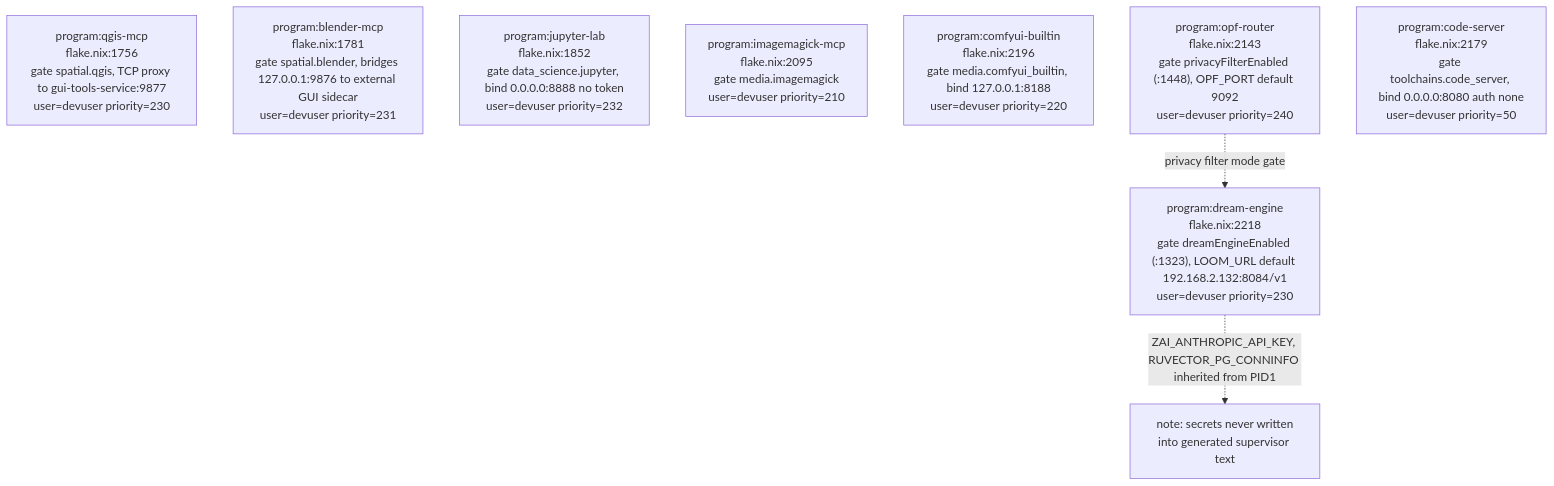
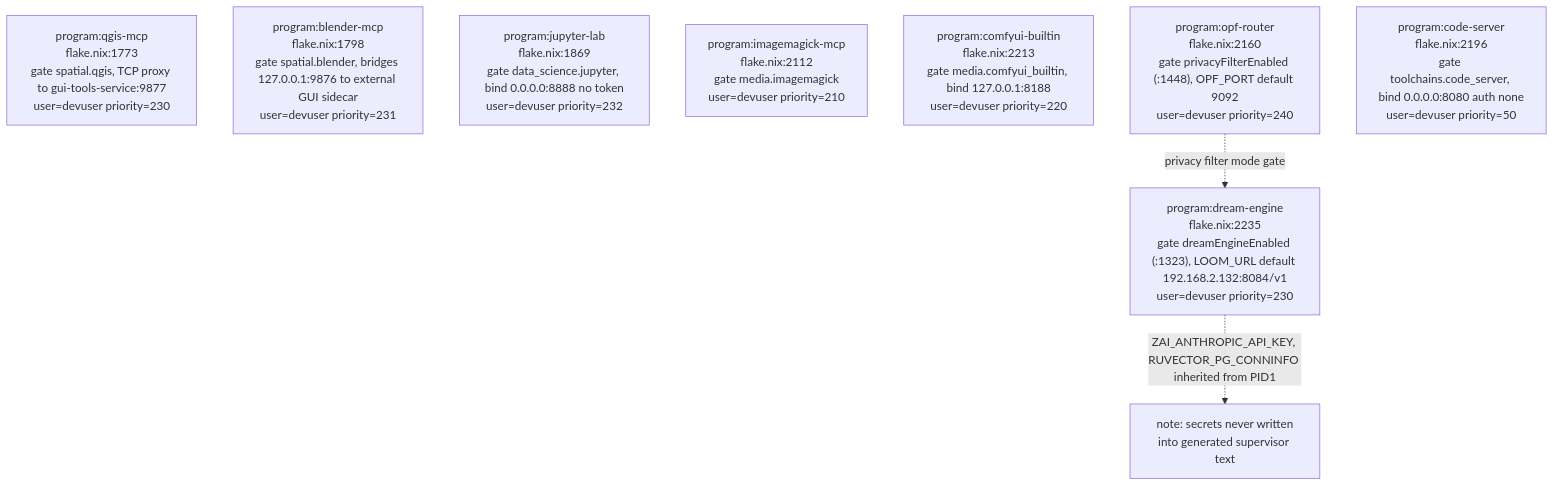
Before and after one commit to DreamLab-AI/AR-AI-Knowledge-Graph: the sixth of 18 diagrams in docs/diagrams/agentbox/02-boot-sequence-and-readiness.md, drawn with Mermaid. The commit also changed other lines of this file and 73 other files, not shown here.

First line of the commit message:
docs(diagrams): re-verify all 71 topic files against HEAD; add --cite-check

````diff
--- a/docs/diagrams/agentbox/02-boot-sequence-and-readiness.md
+++ b/docs/diagrams/agentbox/02-boot-sequence-and-readiness.md
@@ -222,14 +222,14 @@
 ```mermaid
 flowchart TB
-    QGIS["program:qgis-mcp<br/>flake.nix:1756<br/>gate spatial.qgis, TCP proxy to gui-tools-service:9877<br/>user=devuser priority=230"]
-    BLEND["program:blender-mcp<br/>flake.nix:1781<br/>gate spatial.blender, bridges 127.0.0.1:9876 to external GUI sidecar<br/>user=devuser priority=231"]
-    JLAB["program:jupyter-lab<br/>flake.nix:1852<br/>gate data_science.jupyter, bind 0.0.0.0:8888 no token<br/>user=devuser priority=232"]
-    IMGM["program:imagemagick-mcp<br/>flake.nix:2095<br/>gate media.imagemagick<br/>user=devuser priority=210"]
-    COMFY["program:comfyui-builtin<br/>flake.nix:2196<br/>gate media.comfyui_builtin, bind 127.0.0.1:8188<br/>user=devuser priority=220"]
-    OPF["program:opf-router<br/>flake.nix:2143<br/>gate privacyFilterEnabled (:1448), OPF_PORT default 9092<br/>user=devuser priority=240"]
-    DREAM["program:dream-engine<br/>flake.nix:2218<br/>gate dreamEngineEnabled (:1323), LOOM_URL default 192.168.2.132:8084/v1<br/>user=devuser priority=230"]
-    CODES["program:code-server<br/>flake.nix:2179<br/>gate toolchains.code_server, bind 0.0.0.0:8080 auth none<br/>user=devuser priority=50"]
+    QGIS["program:qgis-mcp<br/>flake.nix:1773<br/>gate spatial.qgis, TCP proxy to gui-tools-service:9877<br/>user=devuser priority=230"]
+    BLEND["program:blender-mcp<br/>flake.nix:1798<br/>gate spatial.blender, bridges 127.0.0.1:9876 to external GUI sidecar<br/>user=devuser priority=231"]
+    JLAB["program:jupyter-lab<br/>flake.nix:1869<br/>gate data_science.jupyter, bind 0.0.0.0:8888 no token<br/>user=devuser priority=232"]
+    IMGM["program:imagemagick-mcp<br/>flake.nix:2112<br/>gate media.imagemagick<br/>user=devuser priority=210"]
+    COMFY["program:comfyui-builtin<br/>flake.nix:2213<br/>gate media.comfyui_builtin, bind 127.0.0.1:8188<br/>user=devuser priority=220"]
+    OPF["program:opf-router<br/>flake.nix:2160<br/>gate privacyFilterEnabled (:1448), OPF_PORT default 9092<br/>user=devuser priority=240"]
+    DREAM["program:dream-engine<br/>flake.nix:2235<br/>gate dreamEngineEnabled (:1323), LOOM_URL default 192.168.2.132:8084/v1<br/>user=devuser priority=230"]
+    CODES["program:code-server<br/>flake.nix:2196<br/>gate toolchains.code_server, bind 0.0.0.0:8080 auth none<br/>user=devuser priority=50"]
 
     OPF -.->|"privacy filter mode gate"| DREAM
     DREAM -.->|"ZAI_ANTHROPIC_API_KEY, RUVECTOR_PG_CONNINFO inherited from PID1"| RVNOTE["note: secrets never written<br/>into generated supervisor text"]
 ```
````
